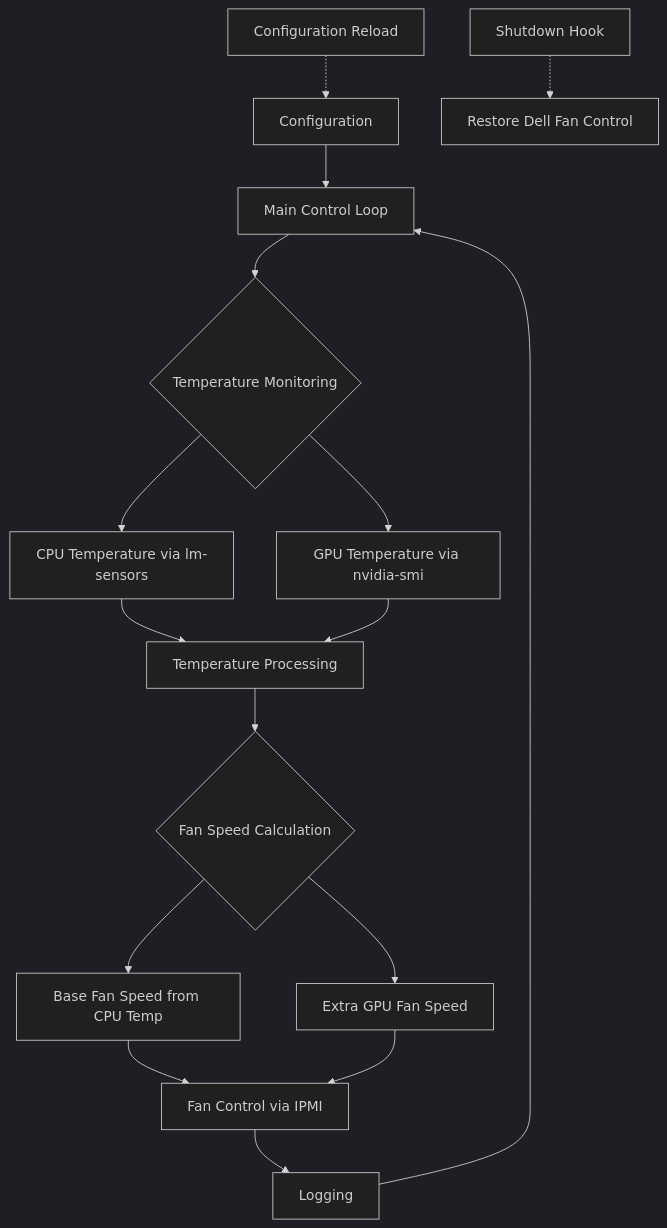
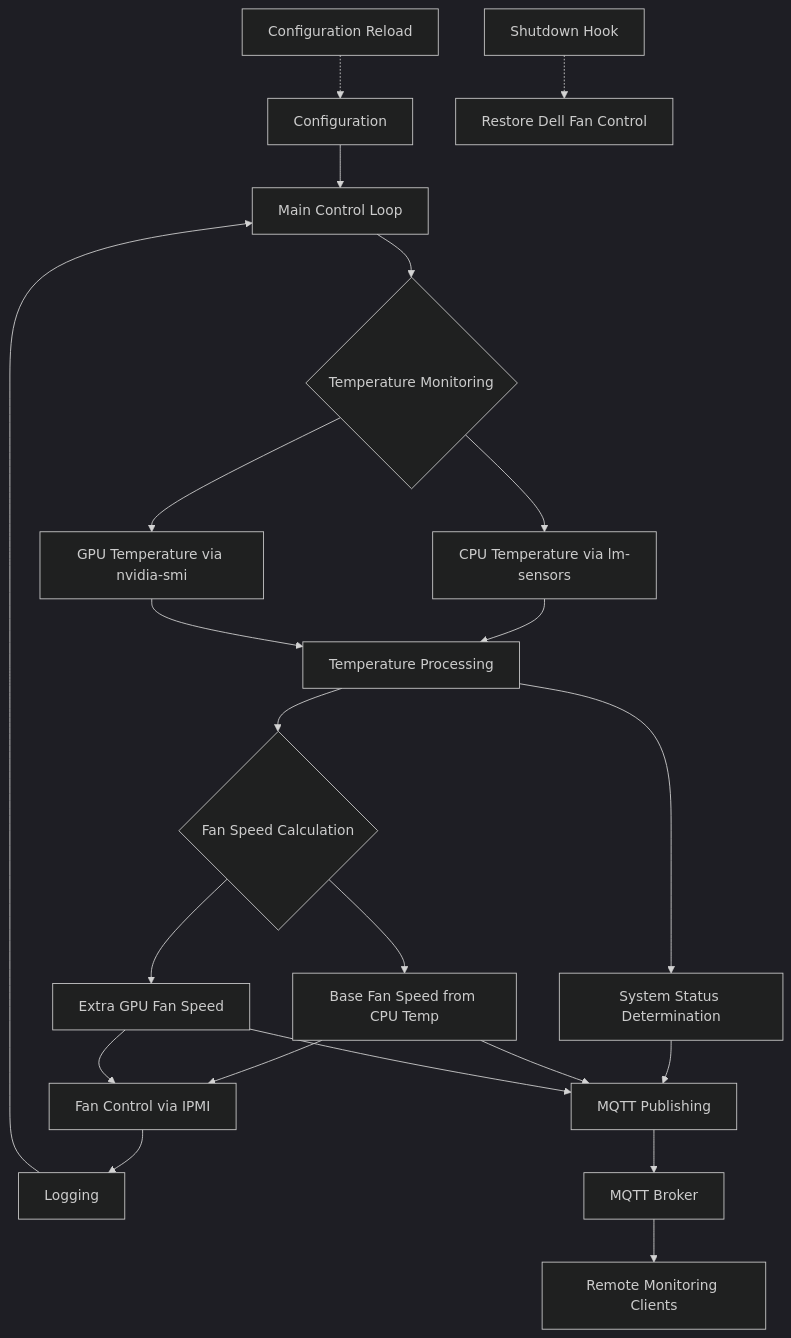
The first of 5 diagrams in memory-bank/systemPatterns.md (fjbravo/dell_server_fan_control), drawn with Mermaid (dark theme) before and after one commit. The commit also changed 8 other files, not shown here.

Commit message:
Add MQTT-based remote monitoring feature

````diff
--- a/memory-bank/systemPatterns.md
+++ b/memory-bank/systemPatterns.md
@@ -7,18 +7,26 @@
 ```mermaid
 flowchart TD
     A[Configuration] --> B[Main Control Loop]
     B --> C{Temperature Monitoring}
     C --> D[CPU Temperature via lm-sensors]
     C --> E[GPU Temperature via nvidia-smi]
     D --> F[Temperature Processing]
     E --> F
     F --> G{Fan Speed Calculation}
     G --> H[Base Fan Speed from CPU Temp]
     G --> I[Extra GPU Fan Speed]
     H --> J[Fan Control via IPMI]
     I --> J
     J --> K[Logging]
     K --> B
     L[Configuration Reload] -.-> A
     M[Shutdown Hook] -.-> N[Restore Dell Fan Control]
+    
+    %% MQTT Monitoring Extension
+    F --> O[System Status Determination]
+    O --> P[MQTT Publishing]
+    H --> P
+    I --> P
+    P --> Q[MQTT Broker]
+    Q --> R[Remote Monitoring Clients]
 ```
````
